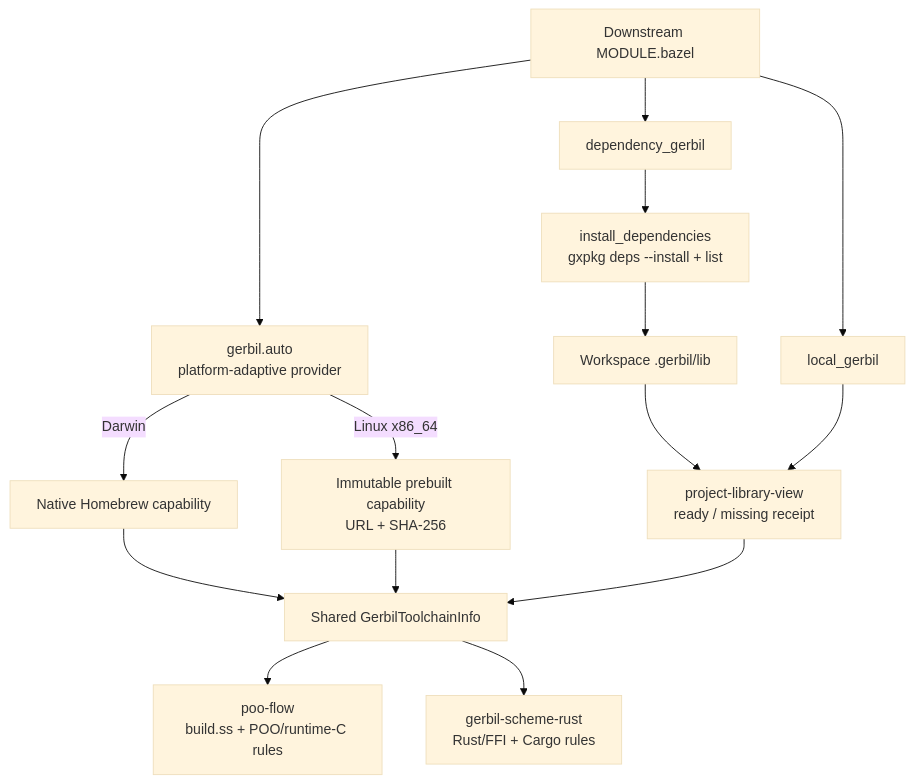
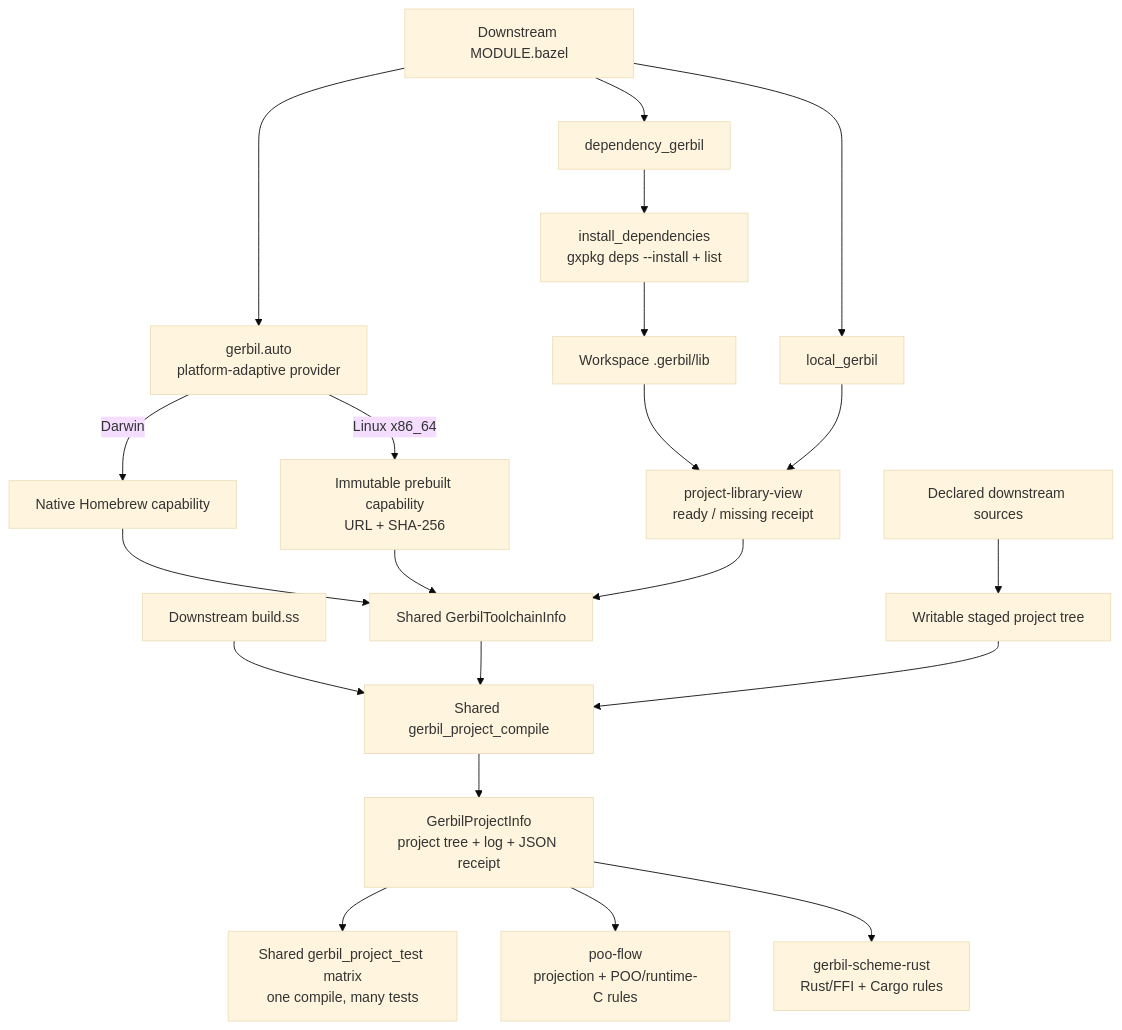
Before and after one commit to tao3k/poo-flow: the diagram in docs/10-19-design/10.06-poo-module-system/155-gerbil-bazel-downstream-convergence.org, drawn with Mermaid (base theme). The commit also changed other lines of this file and 9 other files, not shown here.

Commit message:
consume shared Gerbil project actions

```diff
--- a/docs/10-19-design/10.06-poo-module-system/155-gerbil-bazel-downstream-convergence.org
+++ b/docs/10-19-design/10.06-poo-module-system/155-gerbil-bazel-downstream-convergence.org
@@ -27,20 +30,26 @@
 #+begin_src mermaid
 flowchart TB
   MODULE["Downstream MODULE.bazel"] --> AUTO["gerbil.auto<br/>platform-adaptive provider"]
   AUTO -->|"Darwin"| HOST["Native Homebrew capability"]
   AUTO -->|"Linux x86_64"| PREBUILT["Immutable prebuilt capability<br/>URL + SHA-256"]
   HOST --> TC["Shared GerbilToolchainInfo"]
   PREBUILT --> TC
 
   MODULE --> DEP["dependency_gerbil"]
   DEP --> INSTALL["install_dependencies<br/>gxpkg deps --install + list"]
   INSTALL --> LIB["Workspace .gerbil/lib"]
 
   MODULE --> PROJECT["local_gerbil"]
   LIB --> VIEW["project-library-view<br/>ready / missing receipt"]
   PROJECT --> VIEW
   VIEW --> TC
 
-  TC --> PF["poo-flow<br/>build.ss + POO/runtime-C rules"]
-  TC --> SR["gerbil-scheme-rust<br/>Rust/FFI + Cargo rules"]
+  SOURCE["Declared downstream sources"] --> STAGE["Writable staged project tree"]
+  BUILDSS["Downstream build.ss"] --> ACTION["Shared gerbil_project_compile"]
+  TC --> ACTION
+  STAGE --> ACTION
+  ACTION --> INFO["GerbilProjectInfo<br/>project tree + log + JSON receipt"]
+  INFO --> TEST["Shared gerbil_project_test matrix<br/>one compile, many tests"]
+  INFO --> PF["poo-flow<br/>projection + POO/runtime-C rules"]
+  INFO --> SR["gerbil-scheme-rust<br/>Rust/FFI + Cargo rules"]
 #+end_src
```
